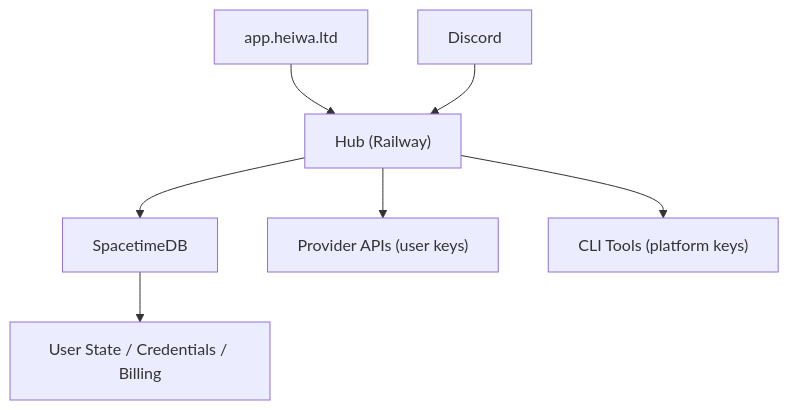
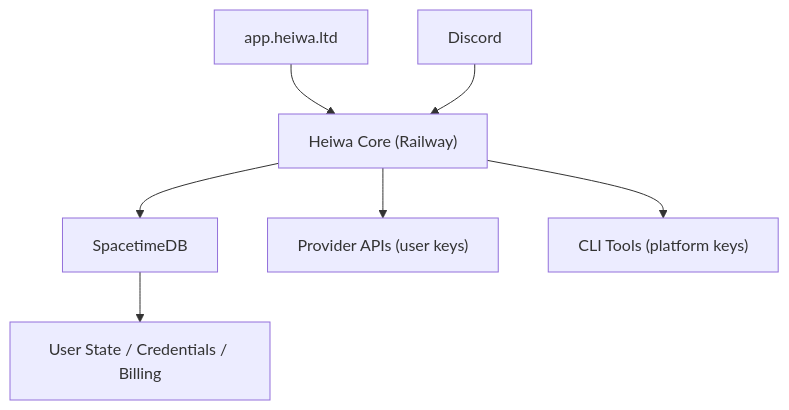
Before and after one commit to Heiwa-Limited/heiwa-universe: the diagram in README.md, drawn with Mermaid. The commit also changed other lines of this file and 32 other files, not shown here.

````diff
--- a/README.md
+++ b/README.md
@@ -39,9 +39,9 @@
 ```mermaid
 graph TD
-    A["app.heiwa.ltd"] --> B["Hub (Railway)"]
+    A["app.heiwa.ltd"] --> B["Heiwa Core (Railway)"]
     C["Discord"] --> B
     B --> D["SpacetimeDB"]
     B --> E["Provider APIs (user keys)"]
     B --> F["CLI Tools (platform keys)"]
     D --> G["User State / Credentials / Billing"]
 ```
````
